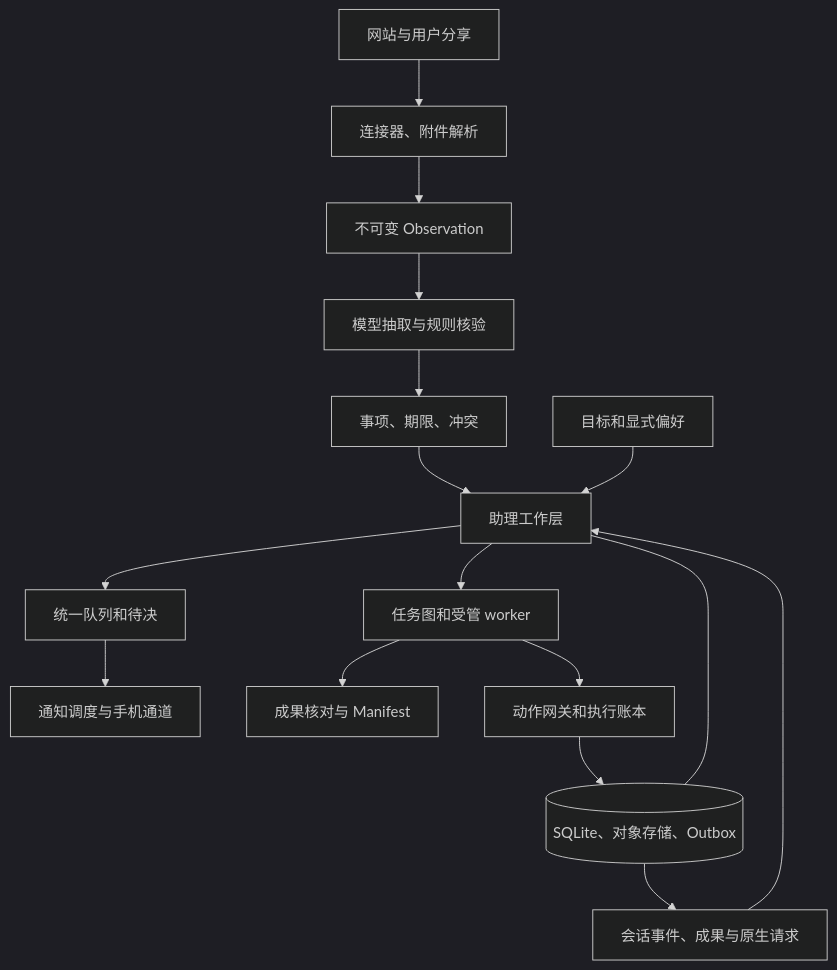
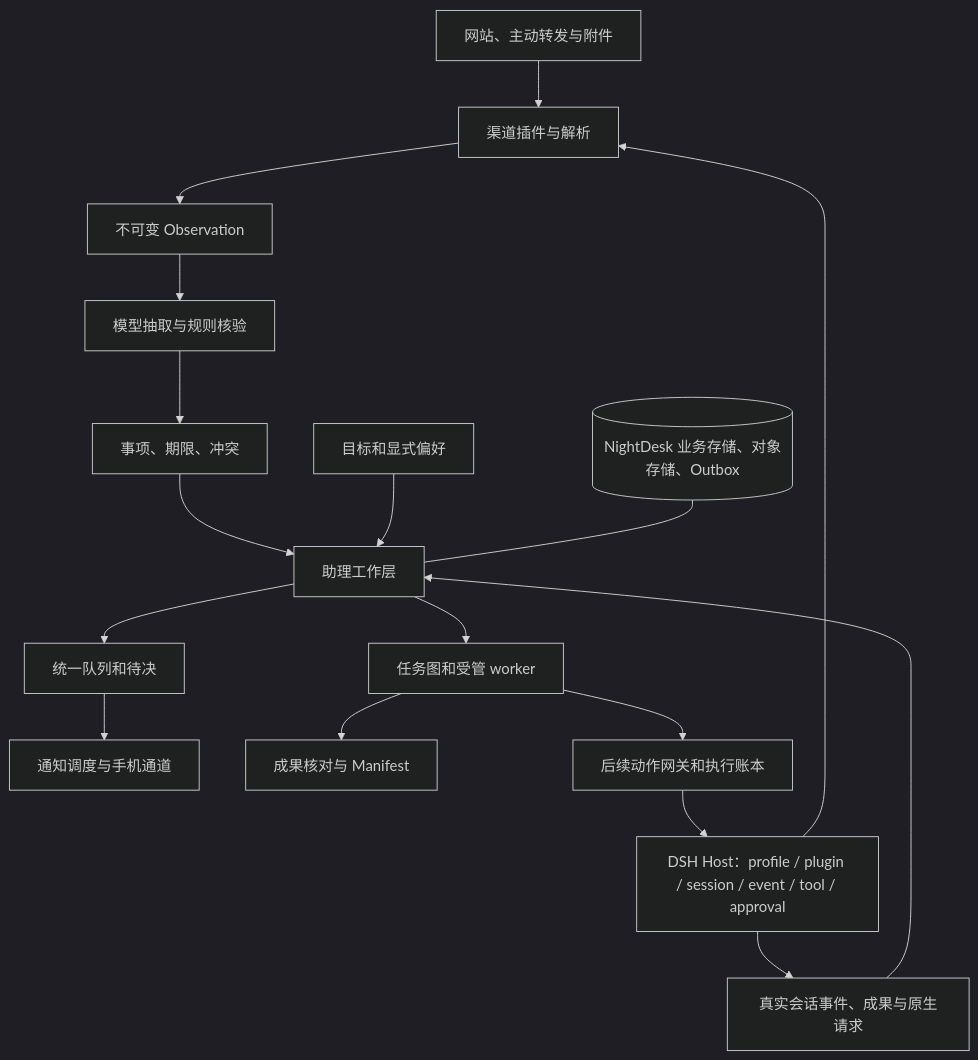
The first of 2 diagrams in docs/02-系统架构.md (Names233/nightdesk), drawn with Mermaid (dark theme) before and after one commit. The commit also changed other lines of this file and 10 other files, not shown here.

First line of the commit message:
docs: fix dsh-only architecture and record D00 environment baseline

````diff
--- a/docs/02-系统架构.md
+++ b/docs/02-系统架构.md
@@ -17,18 +17,19 @@
 ```mermaid
 flowchart TD
-    W[网站与用户分享] --> C[连接器、附件解析]
+    W[网站、主动转发与附件] --> C[渠道插件与解析]
+    H[DSH Host：profile / plugin / session / event / tool / approval] --> C
     C --> O[不可变 Observation]
     O --> X[模型抽取与规则核验]
     X --> I[事项、期限、冲突]
-    D[DSH Host：profile / plugin / session / event] --> V[会话事件、成果与原生请求]
+    H --> V[真实会话事件、成果与原生请求]
     I --> A[助理工作层]
     V --> A
     P[目标和显式偏好] --> A
     A --> Q[统一队列和待决]
     Q --> N[通知调度与手机通道]
     A --> T[任务图和受管 worker]
     T --> K[成果核对与 Manifest]
-    T --> G[动作网关和执行账本]
-    G --> D
-    D[(SQLite、对象存储、Outbox)] --- A
+    T --> G[后续动作网关和执行账本]
+    G --> H
+    S[(NightDesk 业务存储、对象存储、Outbox)] --- A
 ```
````
